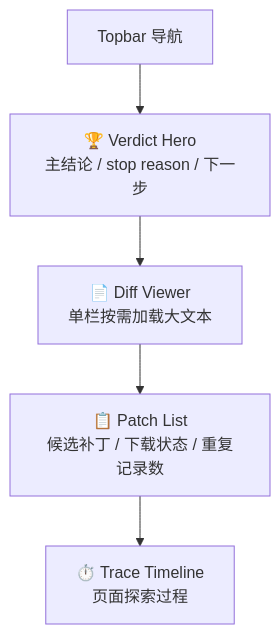
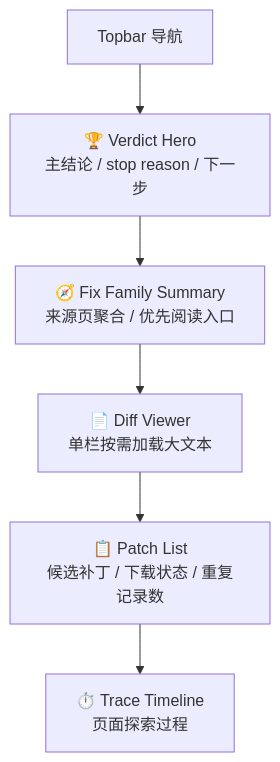
One commit to coeoo/AetherFlow changed the first of 2 diagrams in docs/13-界面设计/P102-CVE运行详情页面设计.md. Above: the diagram before and after it, drawn with Mermaid. The commit also changed other lines of this file and 35 other files, not shown here.

````diff
--- a/docs/13-界面设计/P102-CVE运行详情页面设计.md
+++ b/docs/13-界面设计/P102-CVE运行详情页面设计.md
@@ -36,7 +36,8 @@
 ```mermaid
 flowchart TD
     A["Topbar 导航"] --> B["🏆 Verdict Hero\n主结论 / stop reason / 下一步"]
-    B --> C["📄 Diff Viewer\n单栏按需加载大文本"]
-    C --> D["📋 Patch List\n候选补丁 / 下载状态 / 重复记录数"]
-    D --> E["⏱️ Trace Timeline\n页面探索过程"]
+    B --> C["🧭 Fix Family Summary\n来源页聚合 / 优先阅读入口"]
+    C --> D["📄 Diff Viewer\n单栏按需加载大文本"]
+    D --> E["📋 Patch List\n候选补丁 / 下载状态 / 重复记录数"]
+    E --> F["⏱️ Trace Timeline\n页面探索过程"]
 ```
````
